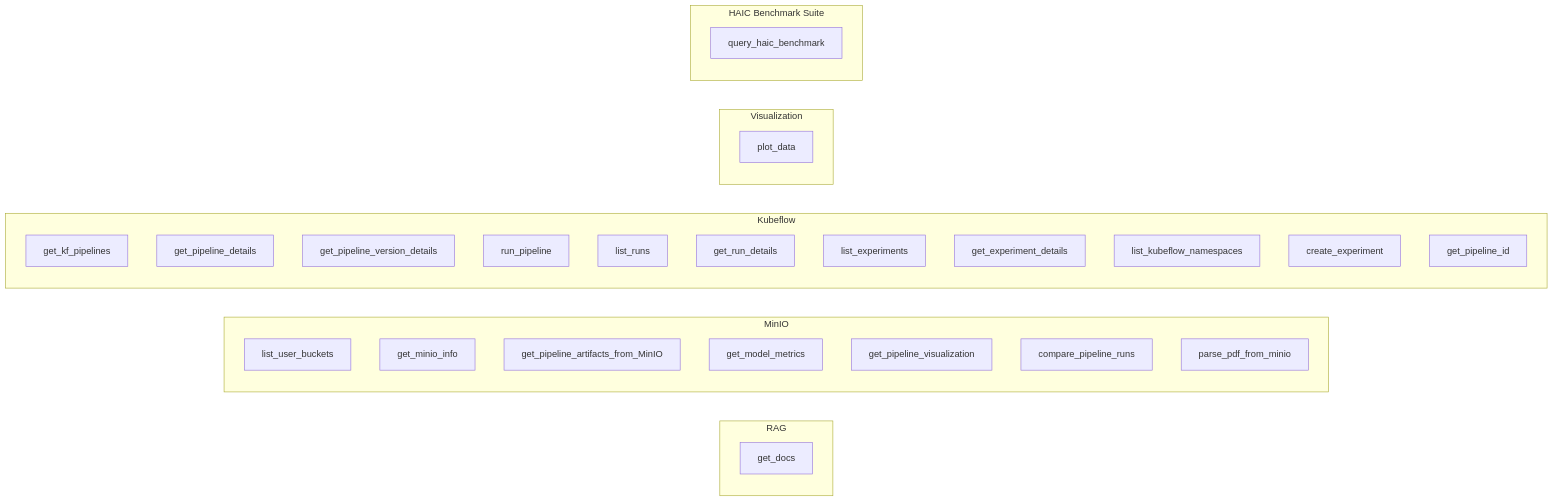
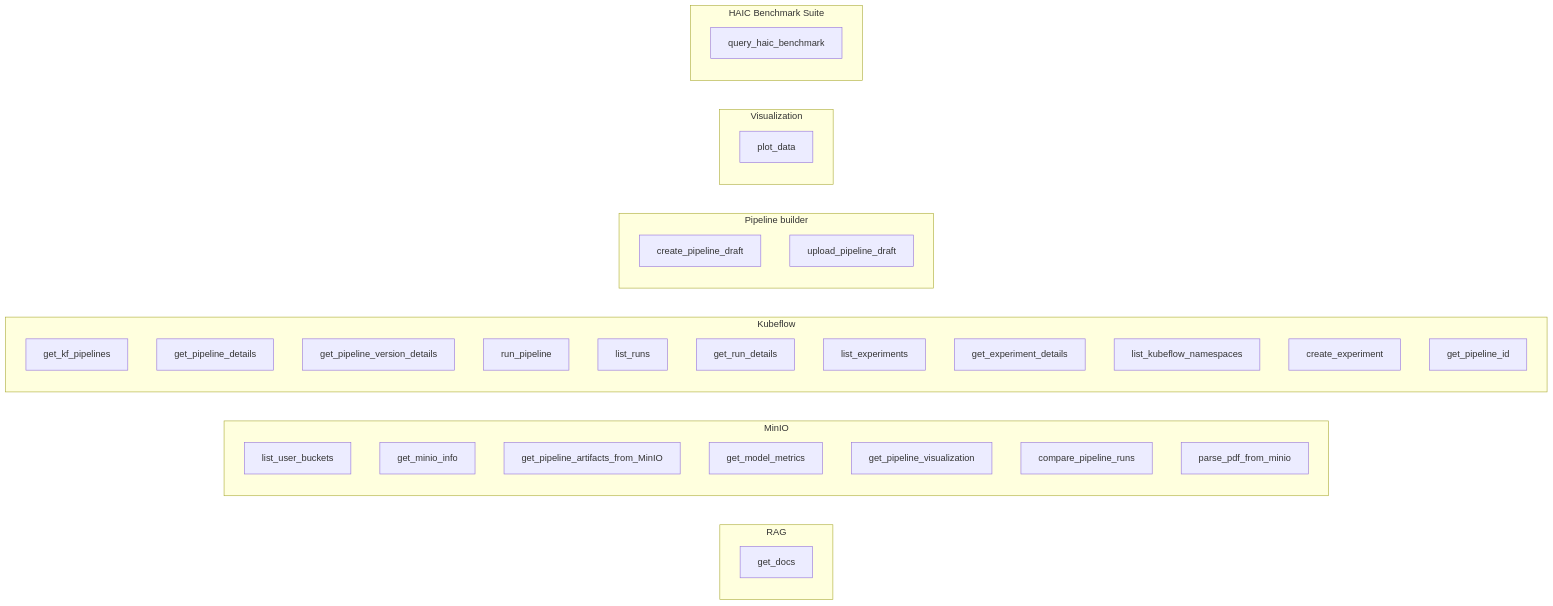
One commit to giorgosfatouros/humaine-swarm changed the diagram in docs/developers/03-agents-and-tools.md. Above: the diagram before and after it, drawn with Mermaid. The commit also changed other lines of this file and 15 other files, not shown here.

````diff
--- a/docs/developers/03-agents-and-tools.md
+++ b/docs/developers/03-agents-and-tools.md
@@ -25,34 +25,38 @@
 ```mermaid
 graph LR
     subgraph RAG [RAG]
         get_docs[get_docs]
     end
     subgraph MinIO [MinIO]
         list_user_buckets[list_user_buckets]
         get_minio_info[get_minio_info]
         get_pipeline_artifacts[get_pipeline_artifacts_from_MinIO]
         get_model_metrics[get_model_metrics]
         get_pipeline_visualization[get_pipeline_visualization]
         compare_pipeline_runs[compare_pipeline_runs]
         parse_pdf[parse_pdf_from_minio]
     end
     subgraph Kubeflow [Kubeflow]
         get_kf_pipelines[get_kf_pipelines]
         get_pipeline_details[get_pipeline_details]
         get_pipeline_version_details[get_pipeline_version_details]
         run_pipeline[run_pipeline]
         list_runs[list_runs]
         get_run_details[get_run_details]
         list_experiments[list_experiments]
         get_experiment_details[get_experiment_details]
         list_kubeflow_namespaces[list_kubeflow_namespaces]
         create_experiment[create_experiment]
         get_pipeline_id[get_pipeline_id]
     end
+    subgraph Builder [Pipeline builder]
+        create_pipeline_draft[create_pipeline_draft]
+        upload_pipeline_draft[upload_pipeline_draft]
+    end
     subgraph Viz [Visualization]
         plot_data[plot_data]
     end
     subgraph HAIC [HAIC Benchmark Suite]
         query_haic[query_haic_benchmark]
     end
 ```
````
